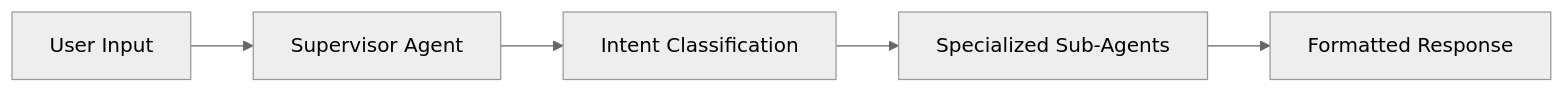
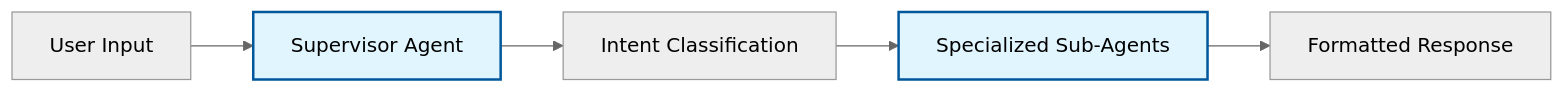
The first of 2 diagrams in MEDIUM.md (MikeQin/weather-app), drawn with Mermaid (neutral theme) before and after one commit. The commit also changed other lines of this file and 1 other file, not shown here.

````diff
--- a/MEDIUM.md
+++ b/MEDIUM.md
@@ -24,7 +24,10 @@
 ```mermaid
 flowchart LR
     A[User Input] --> B[Supervisor Agent]
     B --> C[Intent Classification]
     C --> D[Specialized Sub-Agents]
     D --> E[Formatted Response]
+    
+    classDef aiAgent fill:#e1f5fe,stroke:#01579b,stroke-width:2px
+    class B,D aiAgent
 ```
````
